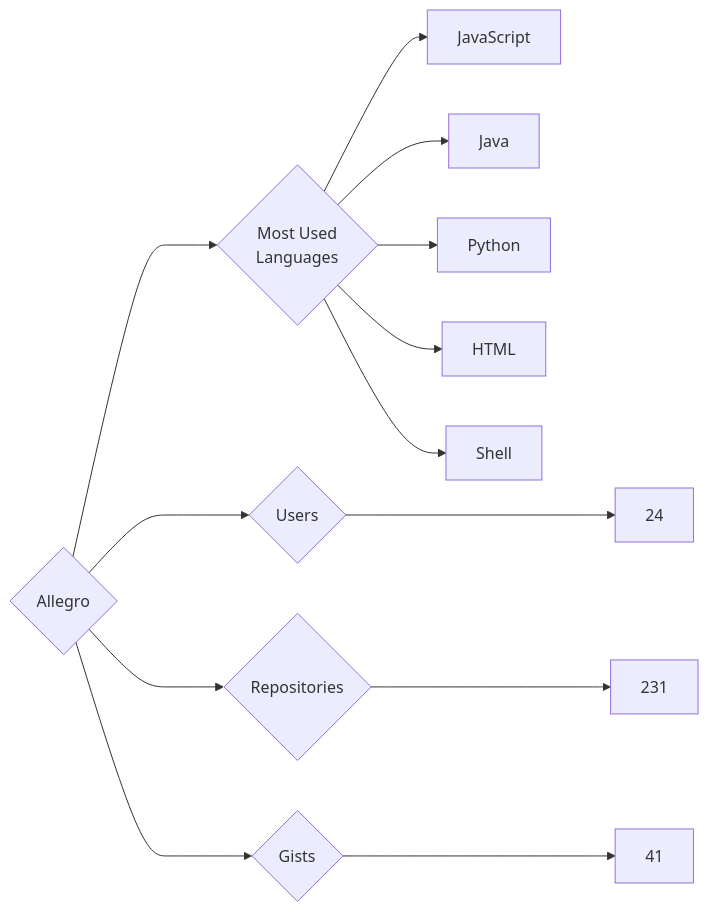
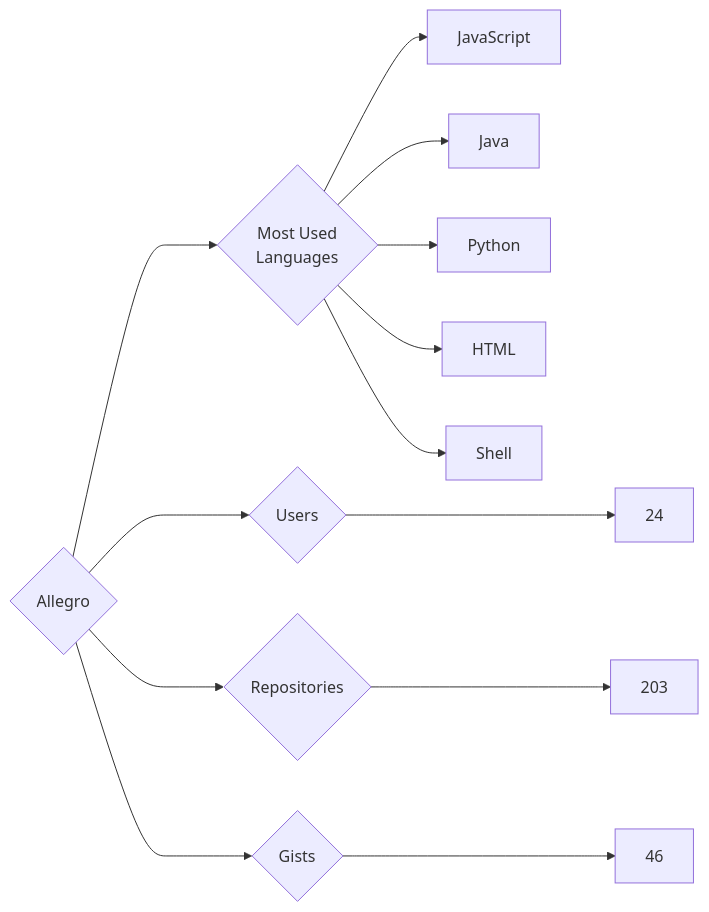
Before and after one commit to trickest/insiders: the diagram in targets/Allegro/README.md, drawn with Mermaid. The commit also changed 757 other files, not shown here.

````diff
--- a/targets/Allegro/README.md
+++ b/targets/Allegro/README.md
@@ -3,13 +3,13 @@
 ```mermaid
 graph LR
 COMPANY_NAME{Allegro}
 COMPANY_NAME ---> U{Users} ---> UN[24]
-COMPANY_NAME ---> R{Repositories} ---> RN[231]
-COMPANY_NAME ---> G{Gists} ---> GN[41]
+COMPANY_NAME ---> R{Repositories} ---> RN[203]
+COMPANY_NAME ---> G{Gists} ---> GN[46]
 COMPANY_NAME ---> ML{Most Used<br>Languages}
 ML --> JavaScript[JavaScript]
 ML --> Java[Java]
 ML --> Python[Python]
 ML --> HTML[HTML]
 ML --> Shell[Shell]
 ```
````
